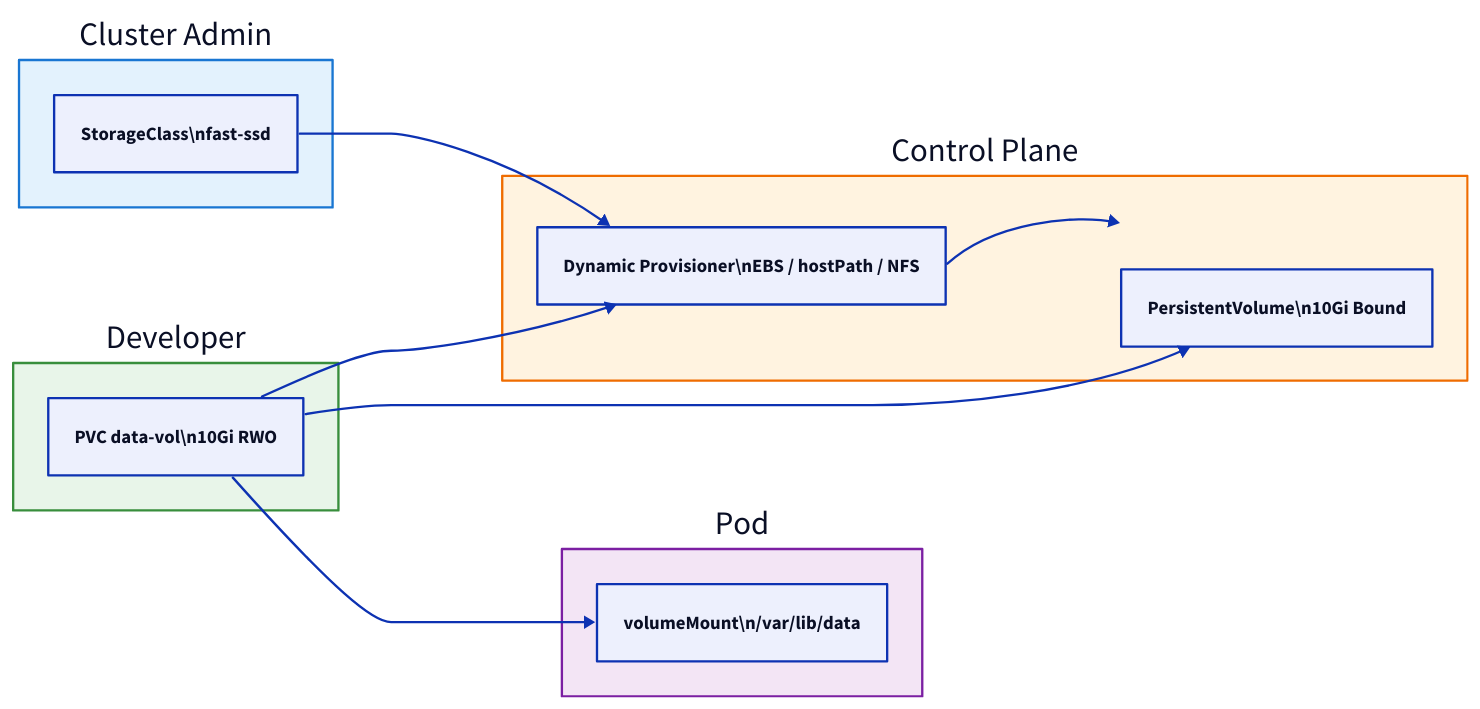
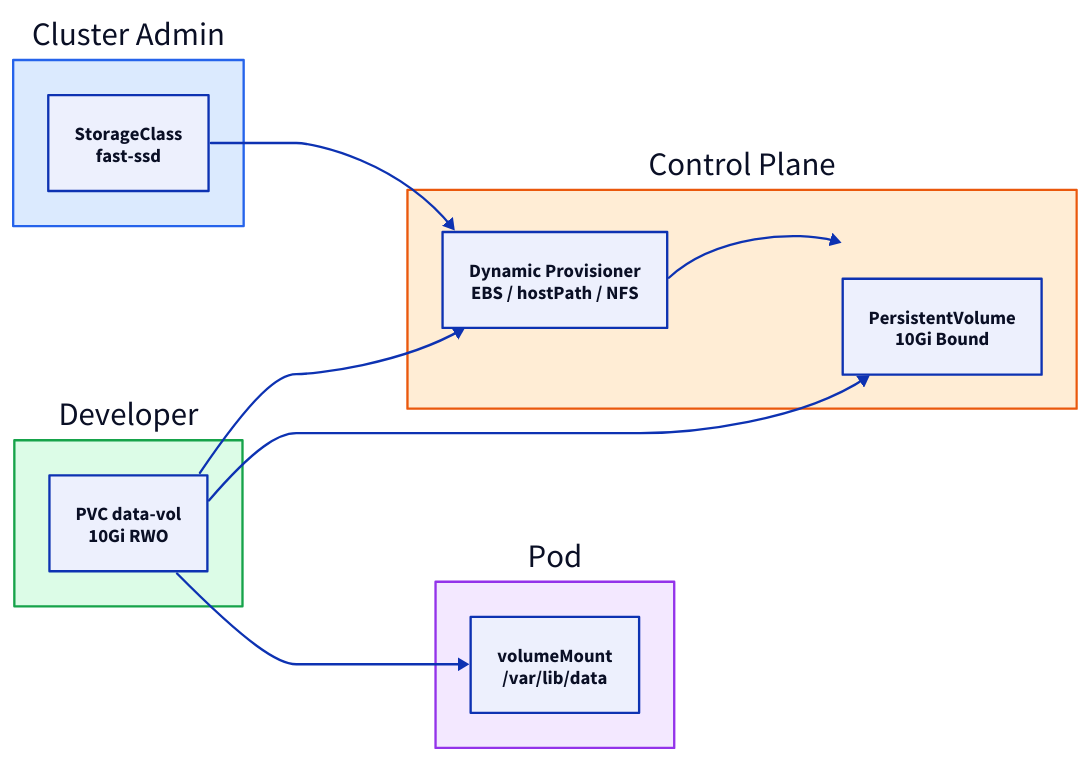
The diagram in docs/kubernetes/persistent-volumes-and-storage.md (rebash-rebash/rebash-academy), drawn with D2 before and after one commit. The commit also changed 177 other files, not shown here.

First line of the commit message:
Ship Terraform track, diagram polish, and new brand favicon.

````diff
--- a/docs/kubernetes/persistent-volumes-and-storage.md
+++ b/docs/kubernetes/persistent-volumes-and-storage.md
@@ -55,38 +55,38 @@
 ```d2
 direction: right
 
 Admin: "Cluster Admin" {
       style: {
-        fill: "#e3f2fd"
-        stroke: "#1976d2"
+        fill: "#dbeafe"
+        stroke: "#2563eb"
       }
-        SC: "StorageClass\\nfast-ssd"
+        SC: "StorageClass\nfast-ssd"
     }
     Dev: Developer {
       style: {
-        fill: "#e8f5e9"
-        stroke: "#388e3c"
+        fill: "#dcfce7"
+        stroke: "#16a34a"
       }
-        PVC: "PVC data-vol\\n10Gi RWO"
+        PVC: "PVC data-vol\n10Gi RWO"
     }
     System: "Control Plane" {
       style: {
-        fill: "#fff3e0"
-        stroke: "#ef6c00"
+        fill: "#ffedd5"
+        stroke: "#ea580c"
       }
-        PROV: "Dynamic Provisioner\\nEBS / hostPath / NFS"
-        PV: "PersistentVolume\\n10Gi Bound"
+        PROV: "Dynamic Provisioner\nEBS / hostPath / NFS"
+        PV: "PersistentVolume\n10Gi Bound"
     }
     Workload: Pod {
       style: {
-        fill: "#f3e5f5"
-        stroke: "#7b1fa2"
+        fill: "#f3e8ff"
+        stroke: "#9333ea"
       }
-        MNT: "volumeMount\\n/var/lib/data"
+        MNT: "volumeMount\n/var/lib/data"
     }
     Admin.SC -> System.PROV
     Dev.PVC -> System.PROV
     System.PROV -> System.PV
     Dev.PVC -> System.PV
     Dev.PVC -> Workload.MNT
 ```
````
